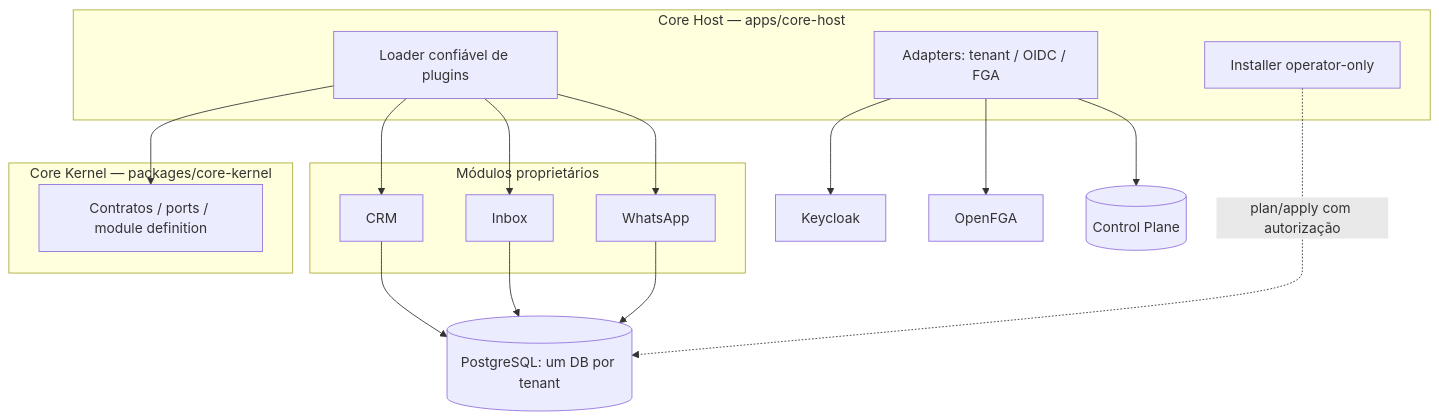
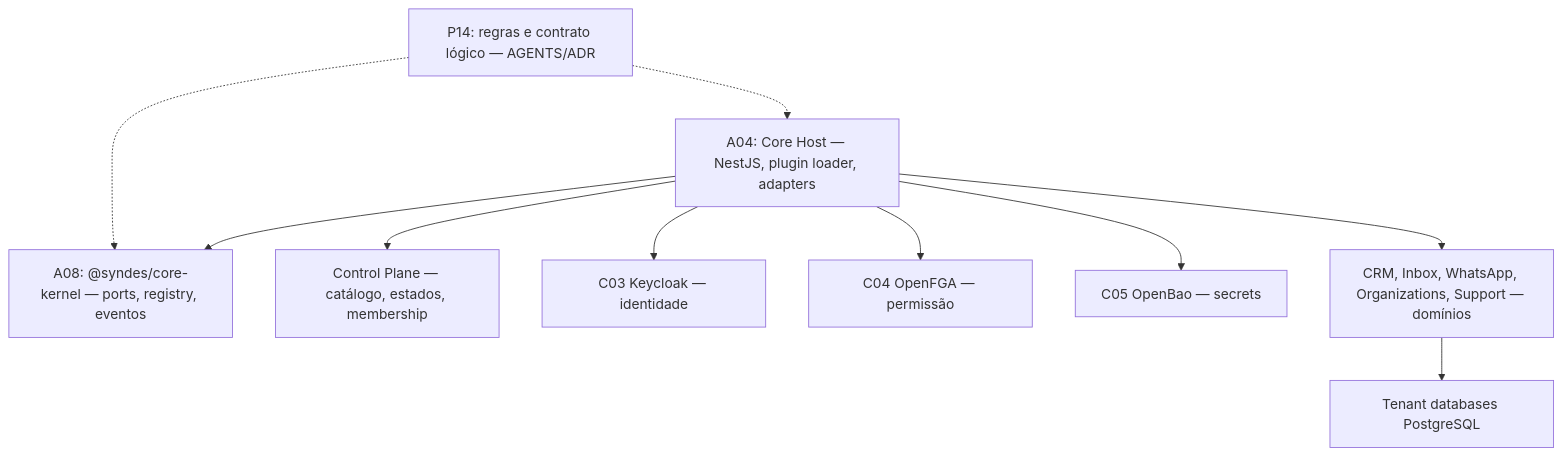
Before and after one commit to delmacy/syndes-system: the first of 3 diagrams in docs/subprojects/P14-platform-core/chapters/05-arquitetura-banco-interface-configuracao-e-diagramas.md, drawn with Mermaid. The commit also changed other lines of this file and 12 other files, not shown here.

````diff
--- a/docs/subprojects/P14-platform-core/chapters/05-arquitetura-banco-interface-configuracao-e-diagramas.md
+++ b/docs/subprojects/P14-platform-core/chapters/05-arquitetura-banco-interface-configuracao-e-diagramas.md
@@ -7,32 +5,21 @@
 ```mermaid
 flowchart TB
-  subgraph Kernel["Core Kernel — packages/core-kernel"]
-    Contracts["Contratos / ports / module definition"]
-  end
-  subgraph Host["Core Host — apps/core-host"]
-    Loader["Loader confiável de plugins"]
-    Auth["Adapters: tenant / OIDC / FGA"]
-    Installer["Installer operator-only"]
-  end
-  subgraph Business["Módulos proprietários"]
-    Crm["CRM"]
-    Inbox["Inbox"]
-    WA["WhatsApp"]
-  end
-  Control[("Control Plane")]
-  PG[("PostgreSQL: um DB por tenant")]
-  Id["Keycloak"]
-  FGA["OpenFGA"]
-
-  Loader --> Contracts
-  Loader --> Crm
-  Loader --> Inbox
-  Loader --> WA
-  Auth --> Id
-  Auth --> FGA
-  Auth --> Control
-  Crm --> PG
-  Inbox --> PG
-  WA --> PG
-  Installer -.->|"plan/apply com autorização"| PG
+  Rules["P14: regras e contrato lógico — AGENTS/ADR"]
+  K["A08: @syndes/core-kernel — ports, registry, eventos"]
+  H["A04: Core Host — NestJS, plugin loader, adapters"]
+  C["Control Plane — catálogo, estados, membership"]
+  Id["C03 Keycloak — identidade"]
+  F["C04 OpenFGA — permissão"]
+  B["C05 OpenBao — secrets"]
+  M["CRM, Inbox, WhatsApp, Organizations, Support — domínios"]
+  T["Tenant databases PostgreSQL"]
+  Rules -.-> K
+  Rules -.-> H
+  H --> K
+  H --> C
+  H --> Id
+  H --> F
+  H --> B
+  H --> M
+  M --> T
 ```
````
